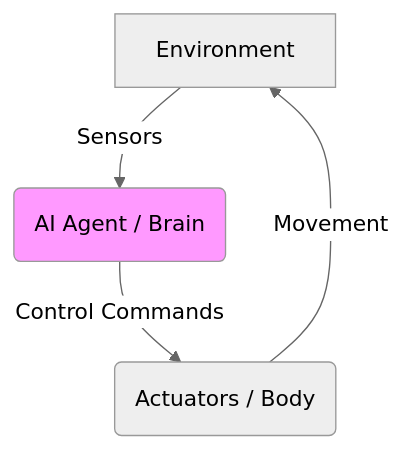
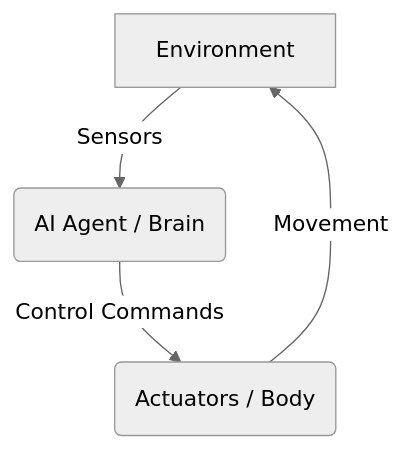
Before and after one commit to ShoaibTahir1/PhysicalAI-HumanoidRobotics: the diagram in docs/module-1/intro-to-physical-ai.md, drawn with Mermaid (neutral theme). The commit also changed other lines of this file and 97 other files, not shown here.

````diff
--- a/docs/module-1/intro-to-physical-ai.md
+++ b/docs/module-1/intro-to-physical-ai.md
@@ -13,7 +24,6 @@
 ```mermaid
 graph TD
     A[Environment] -->|Sensors| B(AI Agent / Brain)
     B -->|Control Commands| C(Actuators / Body)
     C -->|Movement| A
-    style B fill:#f9f,stroke:#333Split
 ```
````
